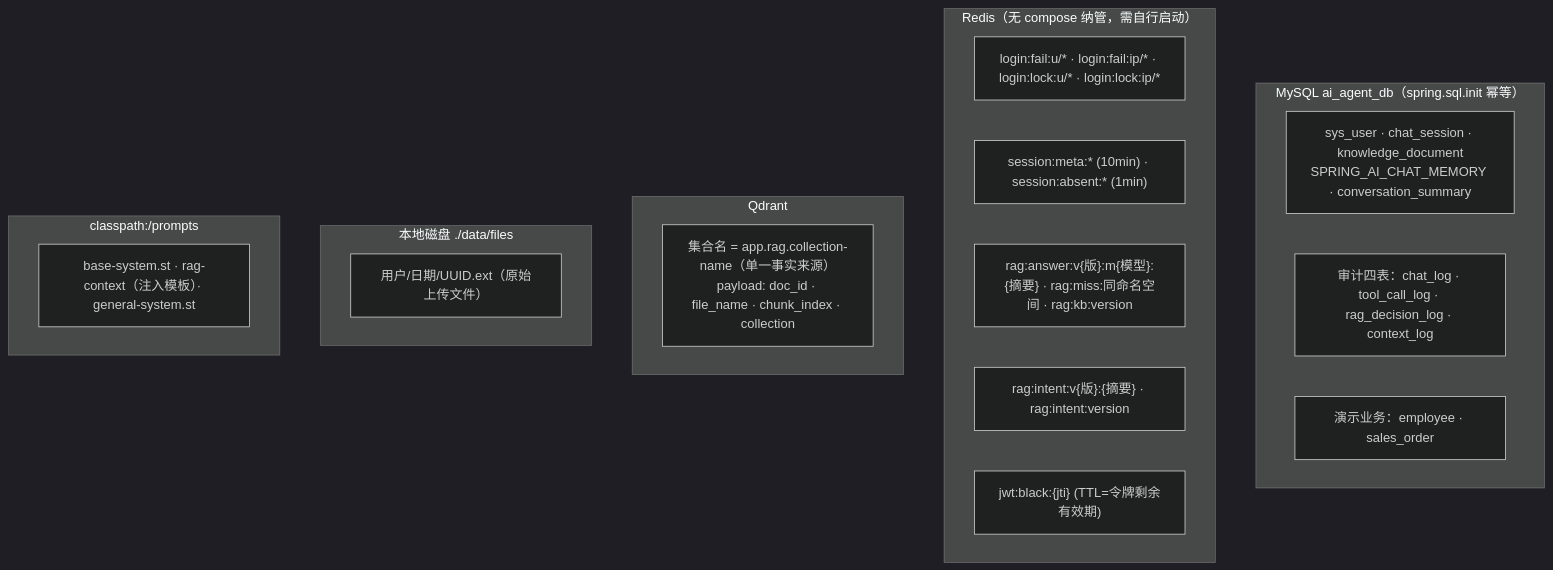
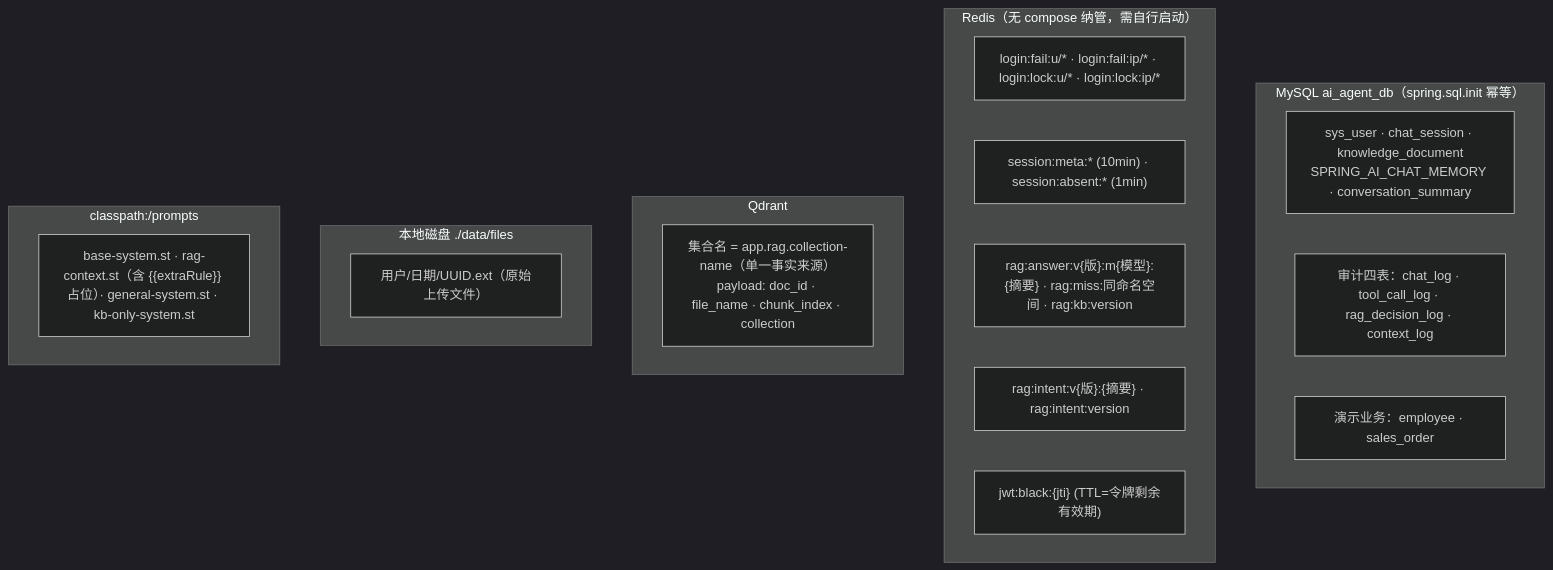
Diagram 19 of 20 in docs/flow-map.md (suiyile02/cc-ai-agent), drawn with Mermaid (dark theme) before and after one commit. The commit also changed other lines of this file and 12 other files, not shown here.

````diff
--- a/docs/flow-map.md
+++ b/docs/flow-map.md
@@ -679,24 +679,24 @@
 ```mermaid
 flowchart TD
     subgraph MY["MySQL ai_agent_db（spring.sql.init 幂等）"]
         M1["sys_user · chat_session · knowledge_document<br/>SPRING_AI_CHAT_MEMORY · conversation_summary"]
         M2["审计四表：chat_log · tool_call_log · rag_decision_log · context_log"]
         M3["演示业务：employee · sales_order"]
     end
     subgraph RD["Redis（无 compose 纳管，需自行启动）"]
         K1["login:fail:u/* · login:fail:ip/* · login:lock:u/* · login:lock:ip/*"]
         K2["session:meta:* (10min) · session:absent:* (1min)"]
         K3["rag:answer:v{版}:m{模型}:{摘要} · rag:miss:同命名空间 · rag:kb:version"]
         K4["rag:intent:v{版}:{摘要} · rag:intent:version"]
         K5["jwt:black:{jti} (TTL=令牌剩余有效期)"]
     end
     subgraph QD["Qdrant"]
         V1["集合名 = app.rag.collection-name（单一事实来源）<br/>payload: doc_id · file_name · chunk_index · collection"]
     end
     subgraph FS["本地磁盘 ./data/files"]
         F1["用户/日期/UUID.ext（原始上传文件）"]
     end
     subgraph PR["classpath:/prompts"]
-        T1["base-system.st · rag-context（注入模板）· general-system.st"]
+        T1["base-system.st · rag-context.st（含 {{extraRule}} 占位）· general-system.st · kb-only-system.st"]
     end
 ```
````
